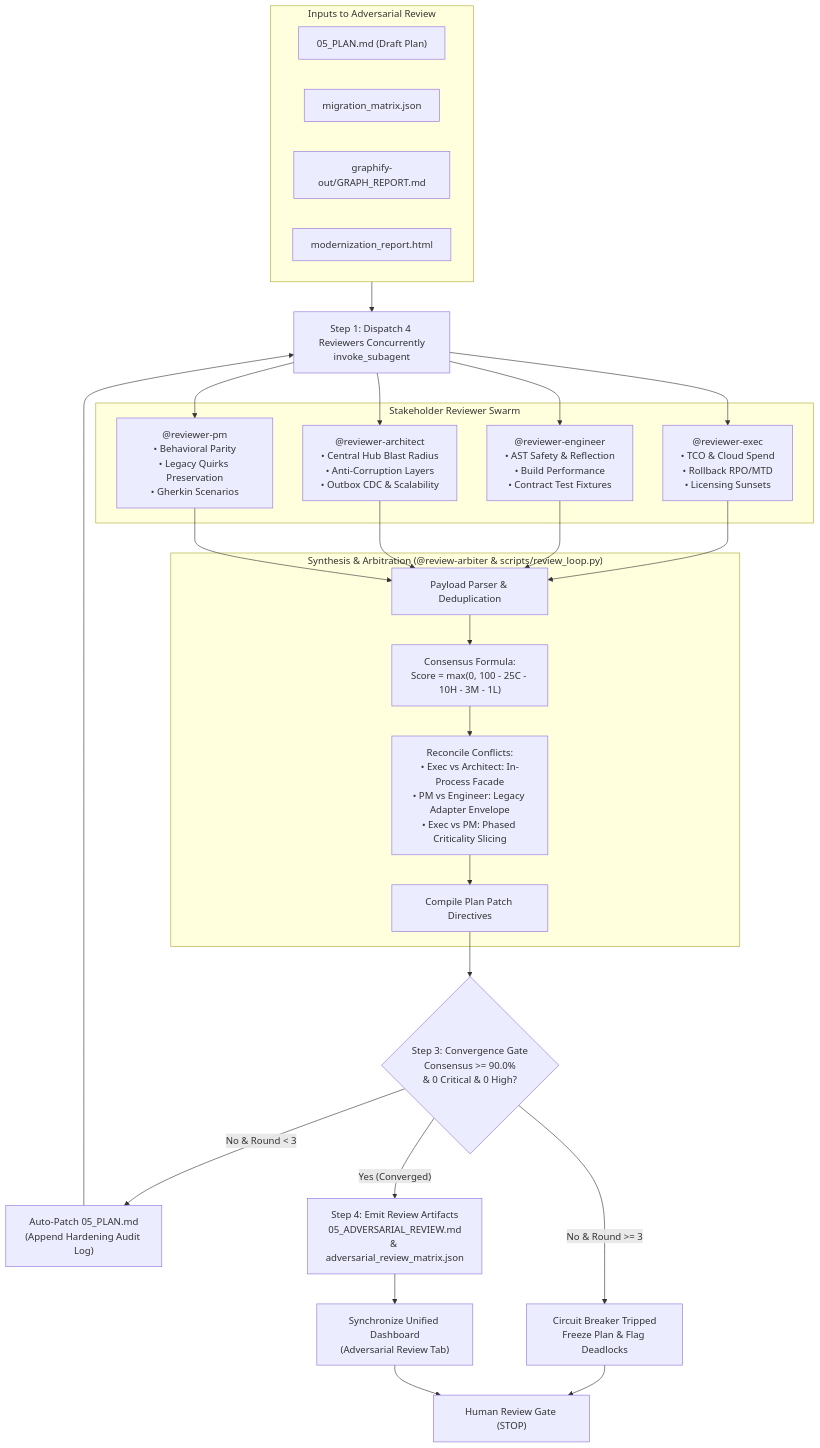
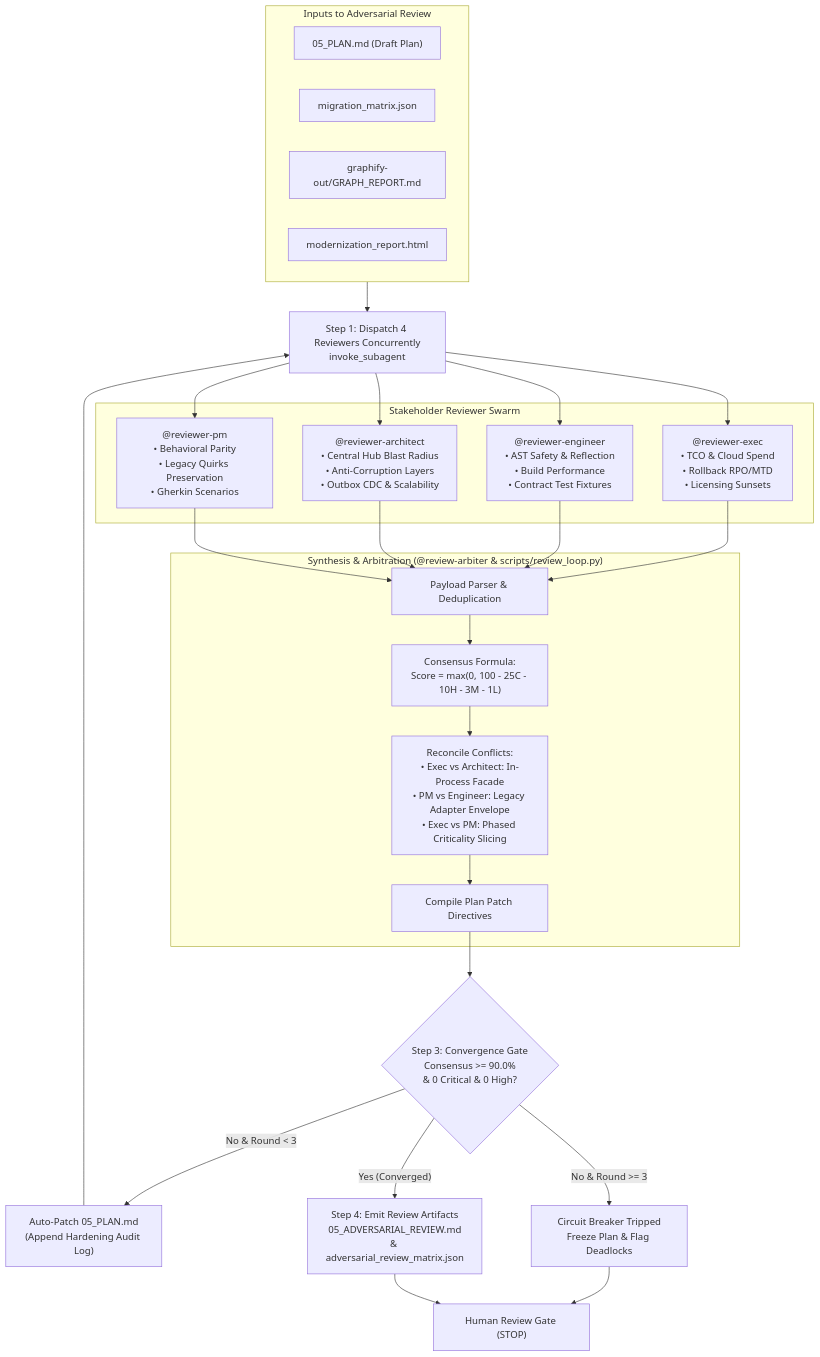
Before and after one commit to sapientcoffee/bean-grinder: the diagram in skills/adversarial-review/SKILL.md, drawn with Mermaid. The commit also changed other lines of this file and 34 other files, not shown here.

````diff
--- a/skills/adversarial-review/SKILL.md
+++ b/skills/adversarial-review/SKILL.md
@@ -10,39 +10,38 @@
 ```mermaid
 flowchart TD
     subgraph Inputs["Inputs to Adversarial Review"]
         Plan["05_PLAN.md (Draft Plan)"]
         Matrix["migration_matrix.json"]
         Graph["graphify-out/GRAPH_REPORT.md"]
         Report["modernization_report.html"]
     end
 
     Inputs --> Dispatch["Step 1: Dispatch 4 Reviewers Concurrently<br/>invoke_subagent"]
 
     subgraph Swarm["Stakeholder Reviewer Swarm"]
         Exec["@reviewer-exec<br/>• TCO & Cloud Spend<br/>• Rollback RPO/MTD<br/>• Licensing Sunsets"]
         Eng["@reviewer-engineer<br/>• AST Safety & Reflection<br/>• Build Performance<br/>• Contract Test Fixtures"]
         Arch["@reviewer-architect<br/>• Central Hub Blast Radius<br/>• Anti-Corruption Layers<br/>• Outbox CDC & Scalability"]
         PM["@reviewer-pm<br/>• Behavioral Parity<br/>• Legacy Quirks Preservation<br/>• Gherkin Scenarios"]
     end
 
     Dispatch --> Exec & Eng & Arch & PM
 
     subgraph Arbitration["Synthesis & Arbitration (@review-arbiter & scripts/review_loop.py)"]
         Exec & Eng & Arch & PM --> Parse["Payload Parser & Deduplication"]
         Parse --> Score["Consensus Formula:<br/>Score = max(0, 100 - 25C - 10H - 3M - 1L)"]
         Score --> TradeOffs["Reconcile Conflicts:<br/>• Exec vs Architect: In-Process Facade<br/>• PM vs Engineer: Legacy Adapter Envelope<br/>• Exec vs PM: Phased Criticality Slicing"]
         TradeOffs --> Directive["Compile Plan Patch Directives"]
     end
 
     Directive --> Eval{"Step 3: Convergence Gate<br/>Consensus >= 90.0%<br/>& 0 Critical & 0 High?"}
 
     Eval -->|"No & Round < 3"| AutoPatch["Auto-Patch 05_PLAN.md<br/>(Append Hardening Audit Log)"]
     AutoPatch --> Dispatch
 
     Eval -->|"No & Round >= 3"| CircuitBreaker["Circuit Breaker Tripped<br/>Freeze Plan & Flag Deadlocks"]
     CircuitBreaker --> Gate["Human Review Gate (STOP)"]
 
     Eval -->|"Yes (Converged)"| Converged["Step 4: Emit Review Artifacts<br/>05_ADVERSARIAL_REVIEW.md<br/>& adversarial_review_matrix.json"]
-    Converged --> Dash["Synchronize Unified Dashboard<br/>(Adversarial Review Tab)"]
-    Dash --> Gate
+    Converged --> Gate
 ```
````
